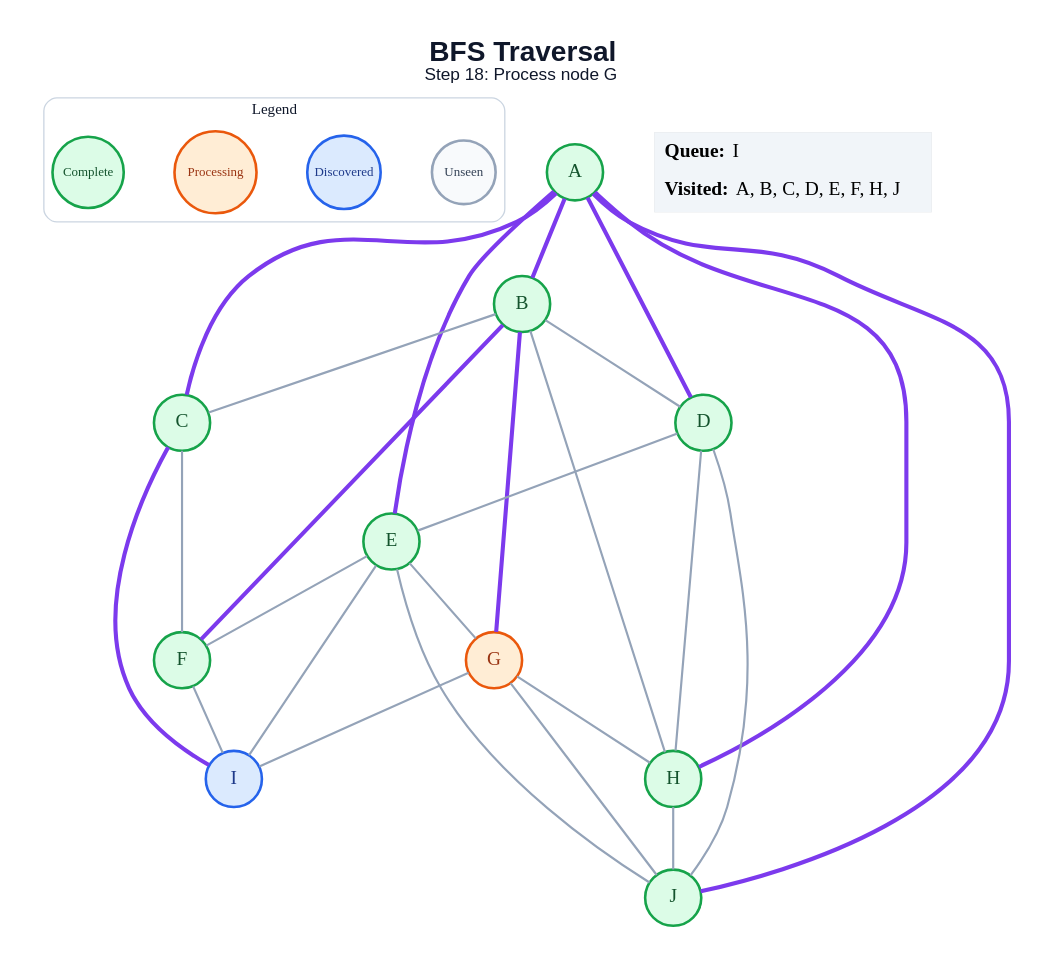
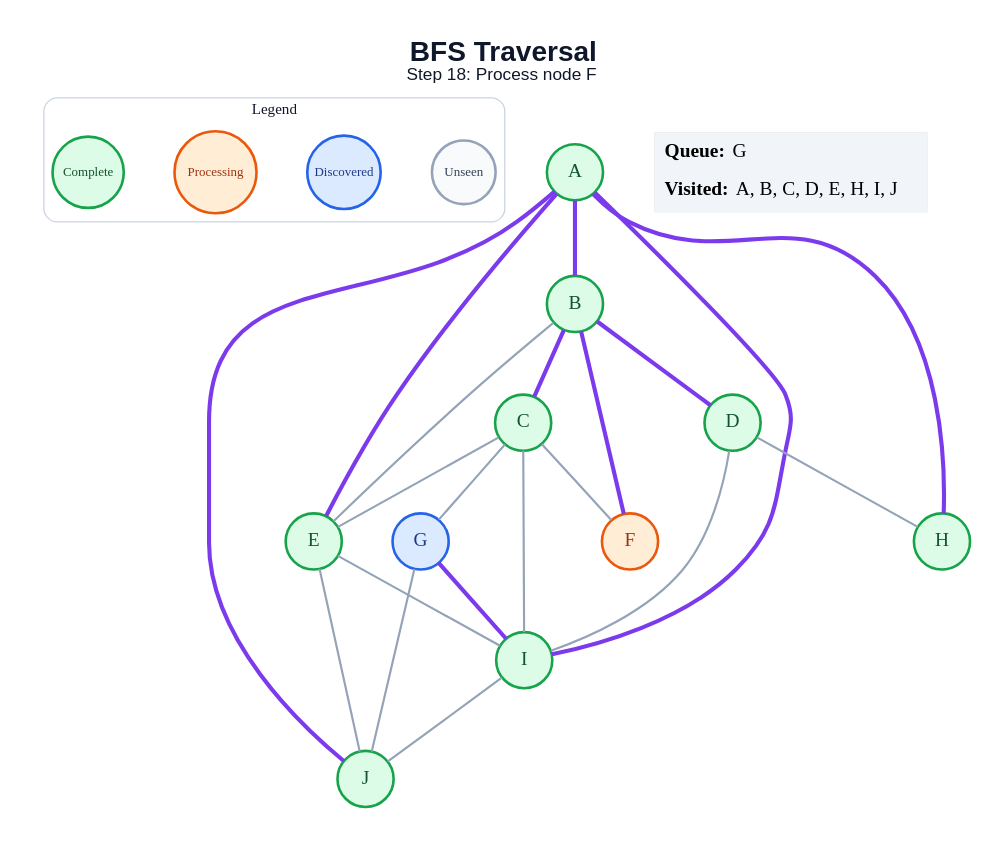
Before and after one commit to anon7238593-create/ai-slop: the diagram in generated/bfs/step_18.dot, drawn with Graphviz. The commit also changed 178 other files, not shown here.

```diff
--- a/generated/bfs/step_18.dot
+++ b/generated/bfs/step_18.dot
@@ -1,54 +1,49 @@
 graph traversal {
   graph [layout=dot, rankdir=TB, bgcolor="#FFFFFF", pad="0.35", nodesep="0.65", ranksep="0.8", fontname="Arial"];
   node [shape=circle, style="filled", fontname="Arial Bold", fontsize=18, width=0.72, fixedsize=true, penwidth=2.4];
   edge [color="#94A3B8", penwidth=2.0];
-  label=<<B>BFS Traversal</B><BR/><FONT POINT-SIZE="16">Step 18: Process node G</FONT>>; labelloc="t"; fontsize=26; fontname="Arial"; fontcolor="#0F172A";
+  label=<<B>BFS Traversal</B><BR/><FONT POINT-SIZE="16">Step 18: Process node F</FONT>>; labelloc="t"; fontsize=26; fontname="Arial"; fontcolor="#0F172A";
   subgraph cluster_legend { label="Legend"; color="#CBD5E1"; penwidth=1.2; style="rounded"; fontsize=14; fontname="Arial Bold";
     key_unseen [label="Unseen", fillcolor="#F8FAFC", color="#94A3B8", fontcolor="#334155", fontsize=12, width=0.82];
     key_frontier [label="Discovered", fillcolor="#DBEAFE", color="#2563EB", fontcolor="#1E3A8A", fontsize=12, width=0.95];
     key_current [label="Processing", fillcolor="#FFEDD5", color="#EA580C", fontcolor="#9A3412", fontsize=12, width=1.05];
     key_done [label="Complete", fillcolor="#DCFCE7", color="#16A34A", fontcolor="#14532D", fontsize=12, width=0.92];
     { rank=same; key_unseen; key_frontier; key_current; key_done; }
   }
   A [fillcolor="#DCFCE7", color="#16A34A", fontcolor="#14532D"];
   B [fillcolor="#DCFCE7", color="#16A34A", fontcolor="#14532D"];
   C [fillcolor="#DCFCE7", color="#16A34A", fontcolor="#14532D"];
   D [fillcolor="#DCFCE7", color="#16A34A", fontcolor="#14532D"];
   E [fillcolor="#DCFCE7", color="#16A34A", fontcolor="#14532D"];
-  F [fillcolor="#DCFCE7", color="#16A34A", fontcolor="#14532D"];
-  G [fillcolor="#FFEDD5", color="#EA580C", fontcolor="#9A3412"];
+  F [fillcolor="#FFEDD5", color="#EA580C", fontcolor="#9A3412"];
+  G [fillcolor="#DBEAFE", color="#2563EB", fontcolor="#1E3A8A"];
   H [fillcolor="#DCFCE7", color="#16A34A", fontcolor="#14532D"];
-  I [fillcolor="#DBEAFE", color="#2563EB", fontcolor="#1E3A8A"];
+  I [fillcolor="#DCFCE7", color="#16A34A", fontcolor="#14532D"];
   J [fillcolor="#DCFCE7", color="#16A34A", fontcolor="#14532D"];
   A -- B [color="#7C3AED", penwidth=3.8];
-  A -- C [color="#7C3AED", penwidth=3.8];
-  A -- D [color="#7C3AED", penwidth=3.8];
   A -- E [color="#7C3AED", penwidth=3.8];
   A -- H [color="#7C3AED", penwidth=3.8];
+  A -- I [color="#7C3AED", penwidth=3.8];
   A -- J [color="#7C3AED", penwidth=3.8];
-  B -- C;
-  B -- D;
+  B -- C [color="#7C3AED", penwidth=3.8];
+  B -- D [color="#7C3AED", penwidth=3.8];
+  B -- E;
   B -- F [color="#7C3AED", penwidth=3.8];
-  B -- G [color="#7C3AED", penwidth=3.8];
-  B -- H;
+  C -- E;
   C -- F;
-  C -- I [color="#7C3AED", penwidth=3.8];
-  D -- E;
+  C -- G;
+  C -- I;
   D -- H;
-  D -- J;
-  E -- F;
-  E -- G;
+  D -- I;
   E -- I;
   E -- J;
-  F -- I;
-  G -- H;
-  G -- I;
+  G -- I [color="#7C3AED", penwidth=3.8];
   G -- J;
-  H -- J;
+  I -- J;
   status [shape=plain, fixedsize=false, width=0, height=0, margin=0, label=<
     <TABLE BORDER="0" CELLBORDER="0" CELLPADDING="7" BGCOLOR="#F1F5F9">
-      <TR><TD ALIGN="LEFT"><B>Queue:</B> I</TD></TR>
-      <TR><TD ALIGN="LEFT"><B>Visited:</B> A, B, C, D, E, F, H, J</TD></TR>
+      <TR><TD ALIGN="LEFT"><B>Queue:</B> G</TD></TR>
+      <TR><TD ALIGN="LEFT"><B>Visited:</B> A, B, C, D, E, H, I, J</TD></TR>
     </TABLE>
   >];
 }
```
